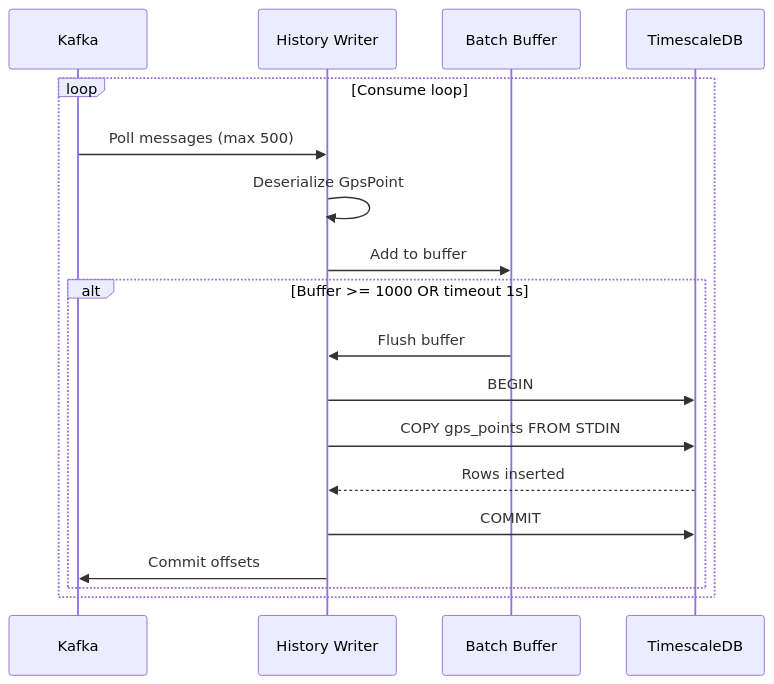
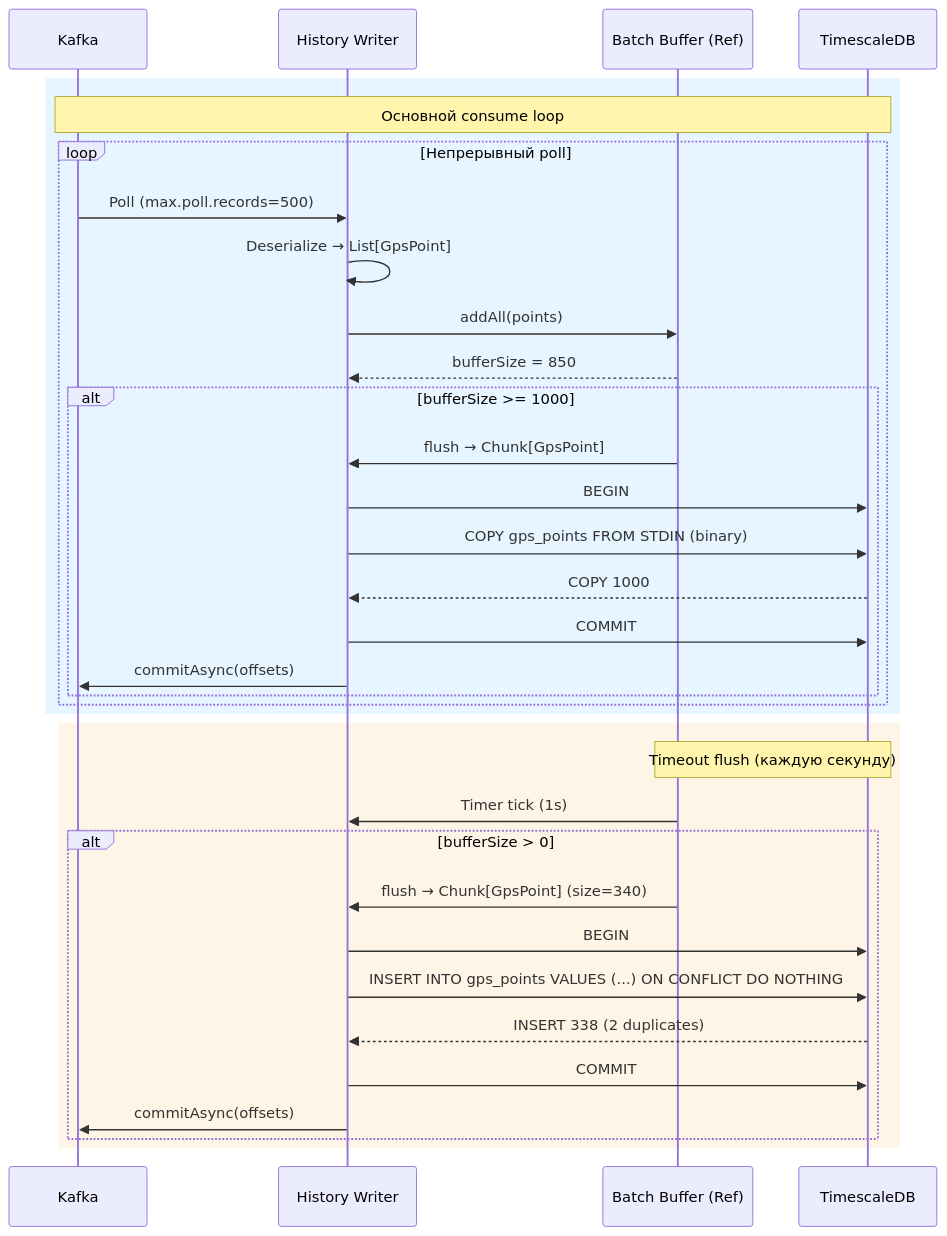
One commit to revarewerd/wayrecall-tracker-system changed diagram 12 of 19 in docs/blocks/ARCHITECTURE_BLOCK1.md. Above: the diagram before and after it, drawn with Mermaid. The commit also changed other lines of this file and 544 other files, not shown here.

````diff
--- a/docs/blocks/ARCHITECTURE_BLOCK1.md
+++ b/docs/blocks/ARCHITECTURE_BLOCK1.md
@@ -351,22 +723,39 @@
 ```mermaid
 sequenceDiagram
     participant K as Kafka
     participant HW as History Writer
-    participant B as Batch Buffer
+    participant B as Batch Buffer (Ref)
     participant DB as TimescaleDB
 
-    loop Consume loop
-        K->>HW: Poll messages (max 500)
-        HW->>HW: Deserialize GpsPoint
-        HW->>B: Add to buffer
-        
-        alt Buffer >= 1000 OR timeout 1s
-            B->>HW: Flush buffer
+    rect rgb(230, 245, 255)
+        Note over K,DB: Основной consume loop
+        loop Непрерывный poll
+            K->>HW: Poll (max.poll.records=500)
+            HW->>HW: Deserialize → List[GpsPoint]
+            HW->>B: addAll(points)
+            B-->>HW: bufferSize = 850
+
+            alt bufferSize >= 1000
+                B->>HW: flush → Chunk[GpsPoint]
+                HW->>DB: BEGIN
+                HW->>DB: COPY gps_points FROM STDIN (binary)
+                DB-->>HW: COPY 1000
+                HW->>DB: COMMIT
+                HW->>K: commitAsync(offsets)
+            end
+        end
+    end
+
+    rect rgb(255, 245, 230)
+        Note over B,DB: Timeout flush (каждую секунду)
+        B->>HW: Timer tick (1s)
+        alt bufferSize > 0
+            B->>HW: flush → Chunk[GpsPoint] (size=340)
             HW->>DB: BEGIN
-            HW->>DB: COPY gps_points FROM STDIN
-            DB-->>HW: Rows inserted
+            HW->>DB: INSERT INTO gps_points VALUES (...) ON CONFLICT DO NOTHING
+            DB-->>HW: INSERT 338 (2 duplicates)
             HW->>DB: COMMIT
-            HW->>K: Commit offsets
+            HW->>K: commitAsync(offsets)
         end
     end
 ```
````
